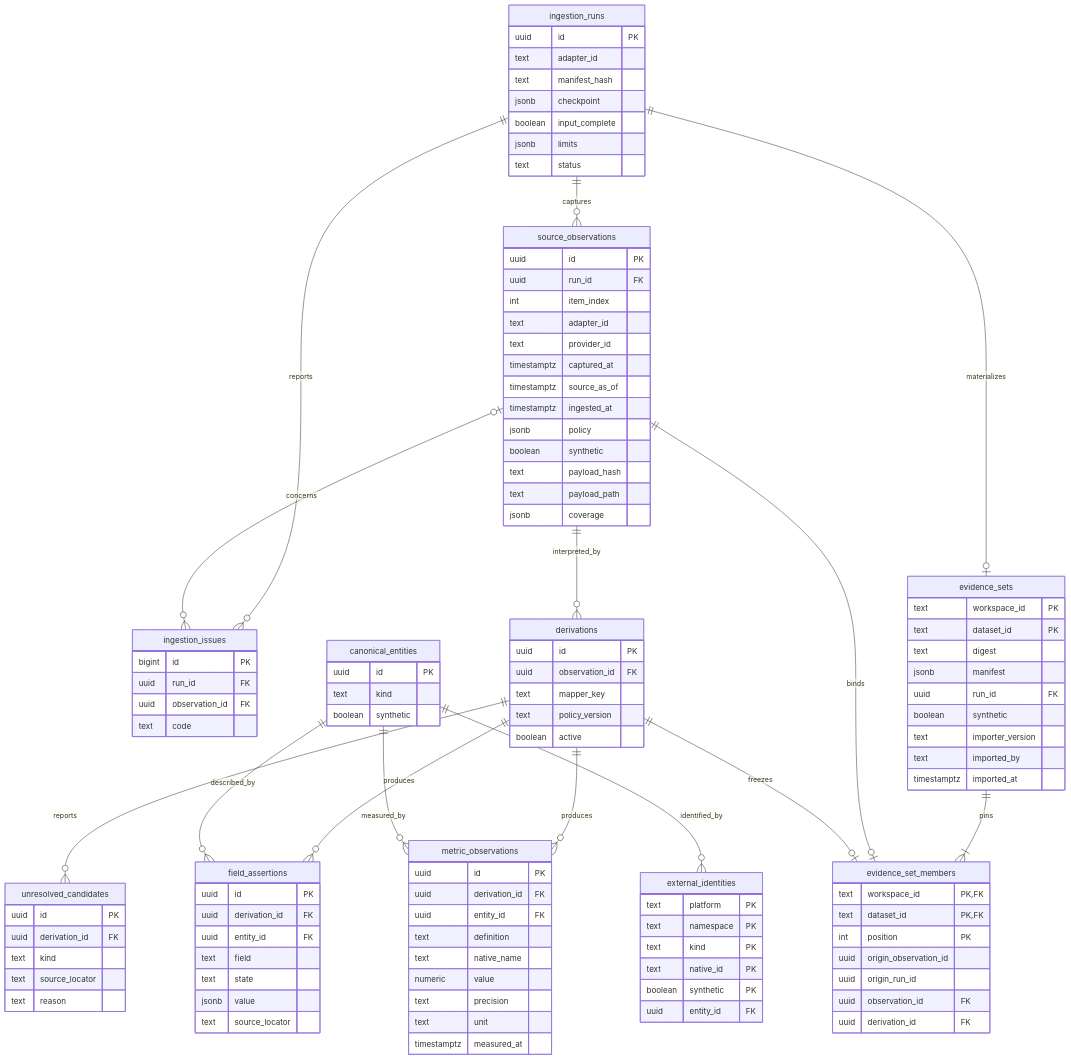
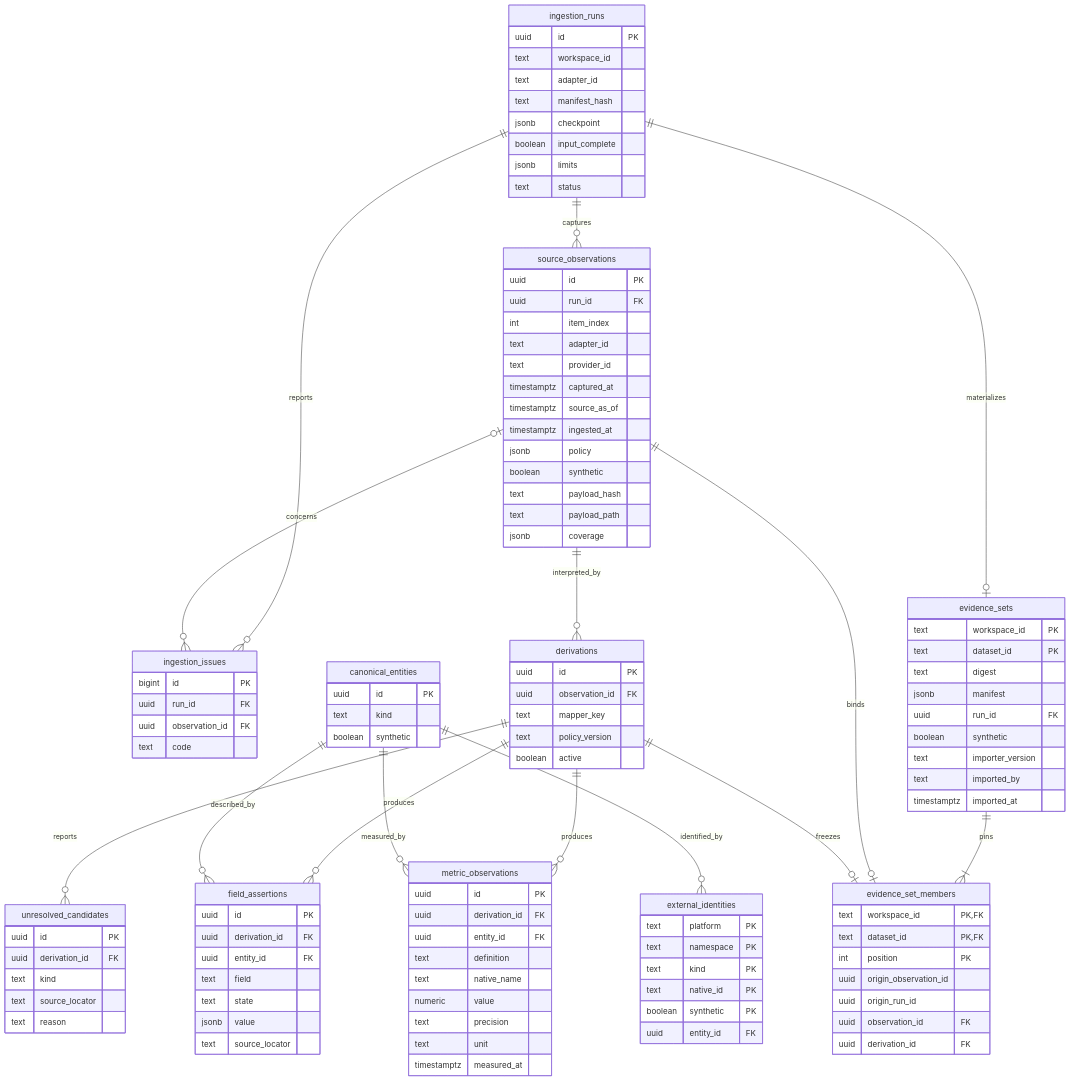
Before and after one commit to jinroylee/social-marketing-intelligence: the first of 6 diagrams in docs/data-model.md, drawn with Mermaid. The commit also changed other lines of this file and 30 other files, not shown here.

```diff
--- a/docs/data-model.md
+++ b/docs/data-model.md
@@ -23,6 +23,7 @@
 
     ingestion_runs {
         uuid id PK
+        text workspace_id
         text adapter_id
         text manifest_hash
         jsonb checkpoint
```
